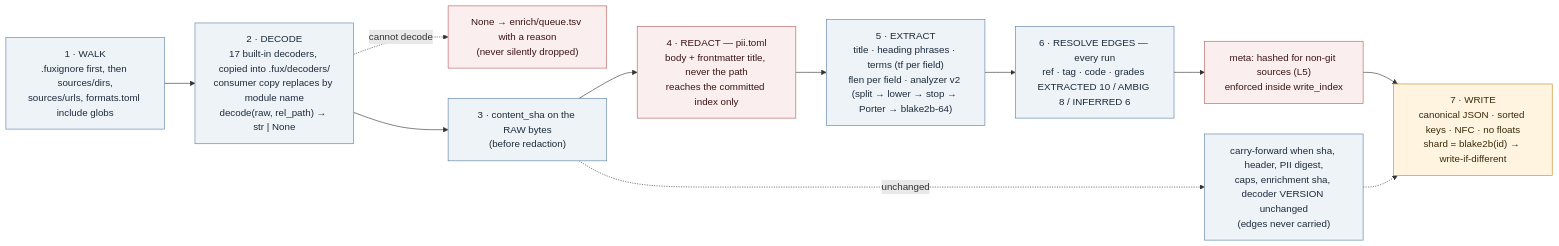
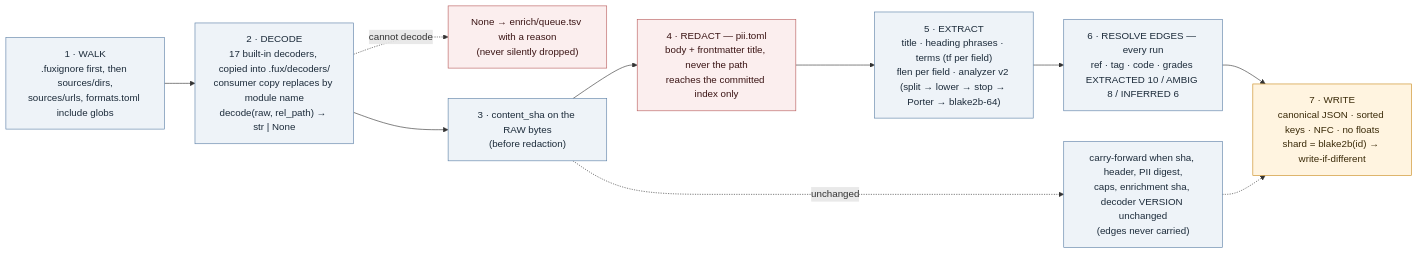
Before and after one commit to arpitarya/fux: the diagram in docs/paper/figures/src/fig-03-ingest.mmd, drawn with Mermaid. The commit also changed 127 other files, not shown here.

```diff
--- a/docs/paper/figures/src/fig-03-ingest.mmd
+++ b/docs/paper/figures/src/fig-03-ingest.mmd
@@ -1,17 +1,16 @@
 flowchart LR
   classDef step fill:#eef3f8,stroke:#5b7fa6,color:#1c2b3a
   classDef gate fill:#fbeeee,stroke:#b85c5c,color:#3a1414
   classDef out fill:#fff4e0,stroke:#c98a1b,color:#3a2a08
   W["1 · WALK<br/>.fuxignore first, then sources/dirs,<br/>sources/urls, formats.toml include globs"]:::step
   D["2 · DECODE<br/>17 built-in decoders, copied into .fux/decoders/<br/>consumer copy replaces by module name<br/>decode(raw, rel_path) → str | None"]:::step
   Q["None → enrich/queue.tsv with a reason<br/>(never silently dropped)"]:::gate
   H["3 · content_sha on the RAW bytes<br/>(before redaction)"]:::step
   R["4 · REDACT — pii.toml<br/>body + frontmatter title, never the path<br/>reaches the committed index only"]:::gate
   X["5 · EXTRACT<br/>title · heading phrases · terms (tf per field)<br/>flen per field · analyzer v2 (split → lower → stop → Porter → blake2b-64)"]:::step
   E["6 · RESOLVE EDGES — every run<br/>ref · tag · code · grades EXTRACTED 10 / AMBIG 8 / INFERRED 6"]:::step
-  M["meta: hashed for non-git sources (L5)<br/>enforced inside write_index"]:::gate
   O["7 · WRITE<br/>canonical JSON · sorted keys · NFC · no floats<br/>shard = blake2b(id) → write-if-different"]:::out
   CF["carry-forward when sha, header, PII digest,<br/>caps, enrichment sha, decoder VERSION unchanged<br/>(edges never carried)"]:::step
-  W --> D --> H --> R --> X --> E --> M --> O
+  W --> D --> H --> R --> X --> E --> O
   D -. "cannot decode" .-> Q
   H -. "unchanged" .-> CF -.-> O
```
